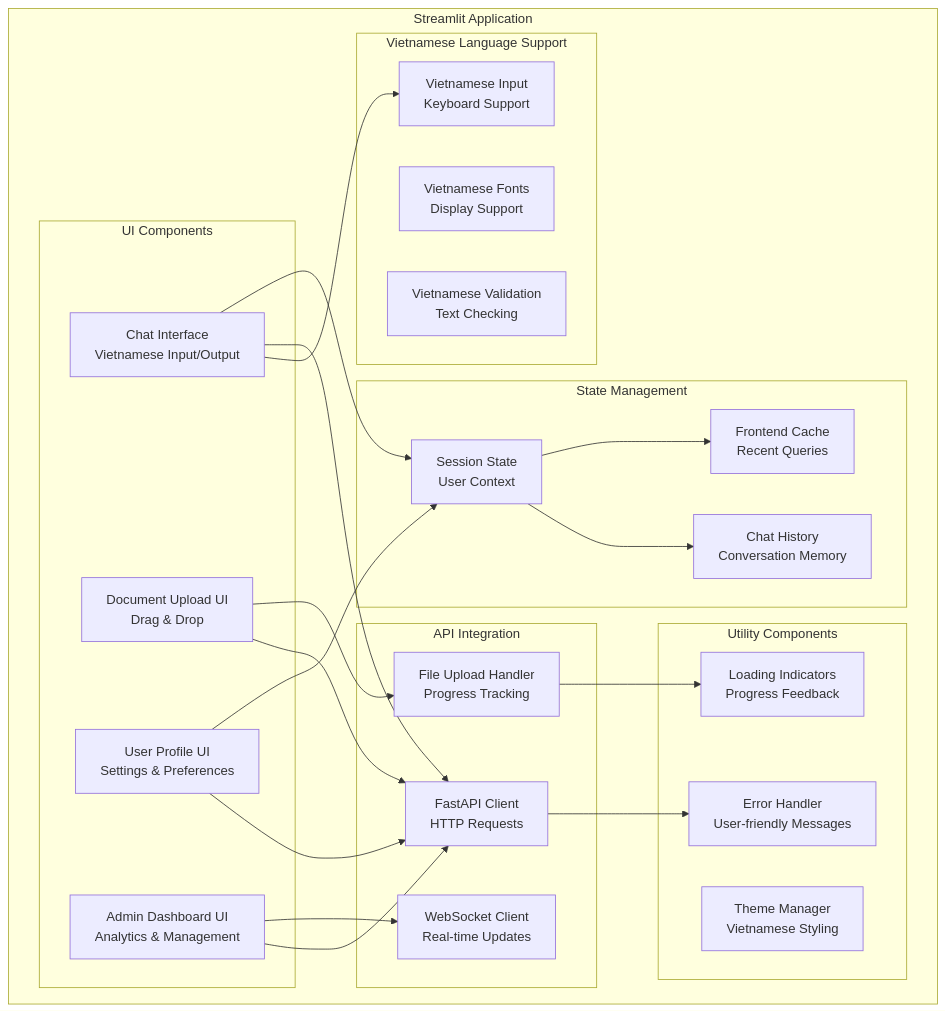
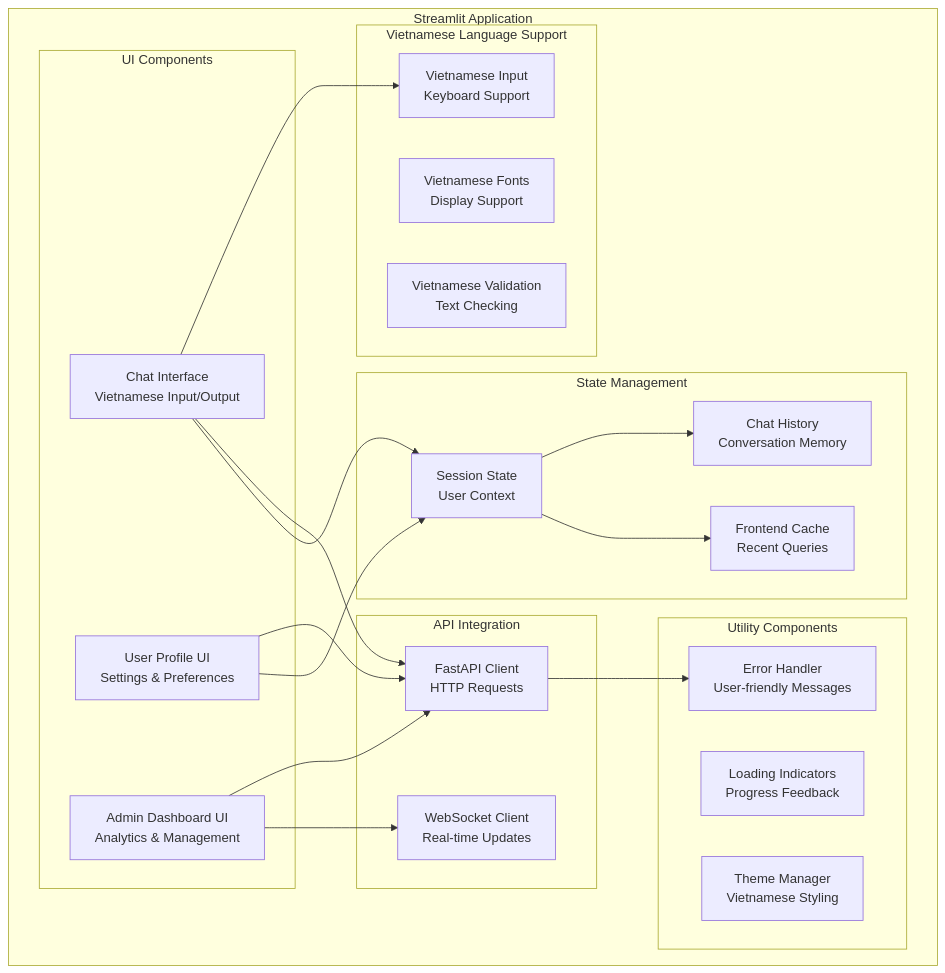
The fifth of 15 diagrams in vietnamese_legal_chatbot/docs/system-architecture.md (LePhuongPhuong/F1-Hackathon-CopilotTeam), drawn with Mermaid before and after one commit. The commit also changed other lines of this file and 15 other files, not shown here.

````diff
--- a/vietnamese_legal_chatbot/docs/system-architecture.md
+++ b/vietnamese_legal_chatbot/docs/system-architecture.md
@@ -250,54 +216,48 @@
 ```mermaid
 graph TB
     subgraph "Streamlit Application"
         subgraph "UI Components"
             CHAT_UI[Chat Interface<br/>Vietnamese Input/Output]
-            DOC_UI[Document Upload UI<br/>Drag & Drop]
             PROFILE_UI[User Profile UI<br/>Settings & Preferences]
             ADMIN_UI[Admin Dashboard UI<br/>Analytics & Management]
         end
         
         subgraph "State Management"
             SESSION[Session State<br/>User Context]
             CACHE[Frontend Cache<br/>Recent Queries]
             HISTORY[Chat History<br/>Conversation Memory]
         end
         
         subgraph "API Integration"
             API_CLIENT[FastAPI Client<br/>HTTP Requests]
             WEBSOCKET[WebSocket Client<br/>Real-time Updates]
-            FILE_UPLOAD[File Upload Handler<br/>Progress Tracking]
         end
         
         subgraph "Vietnamese Language Support"
             FONT[Vietnamese Fonts<br/>Display Support]
             INPUT[Vietnamese Input<br/>Keyboard Support]
             VALIDATION[Vietnamese Validation<br/>Text Checking]
         end
         
         subgraph "Utility Components"
             ERROR[Error Handler<br/>User-friendly Messages]
             LOADING[Loading Indicators<br/>Progress Feedback]
             THEME[Theme Manager<br/>Vietnamese Styling]
         end
     end
     
     CHAT_UI --> SESSION
     CHAT_UI --> API_CLIENT
     CHAT_UI --> INPUT
     
-    DOC_UI --> FILE_UPLOAD
-    DOC_UI --> API_CLIENT
-    
     PROFILE_UI --> SESSION
     PROFILE_UI --> API_CLIENT
     
     ADMIN_UI --> WEBSOCKET
     ADMIN_UI --> API_CLIENT
     
     API_CLIENT --> ERROR
-    FILE_UPLOAD --> LOADING
     
     SESSION --> CACHE
     SESSION --> HISTORY
 ```
````
